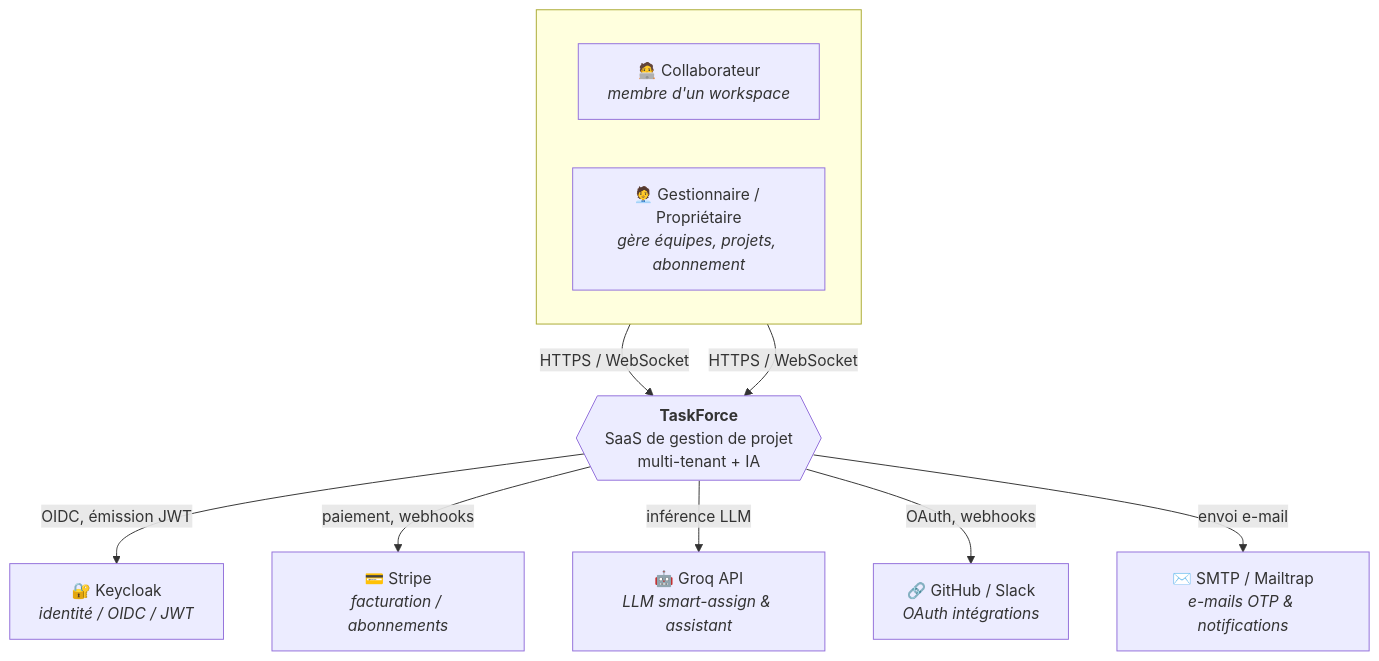
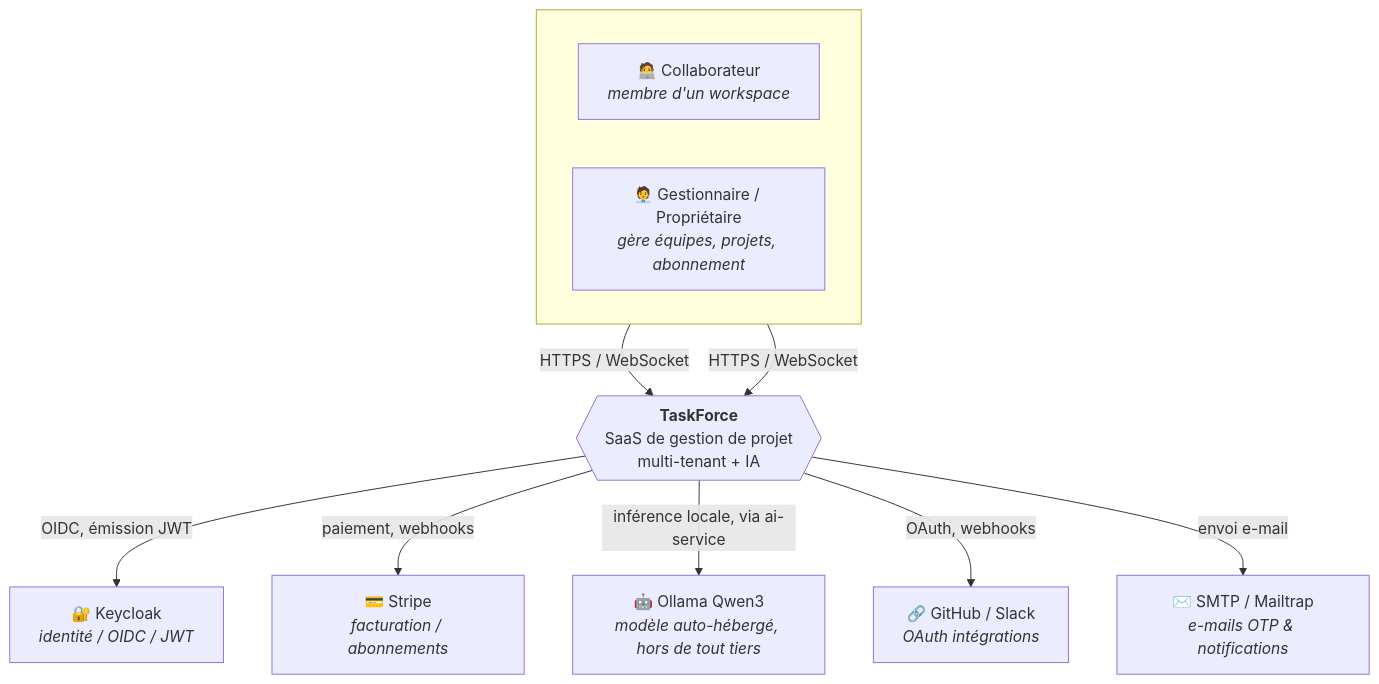
One commit to taskforce-project/taskforce-docs changed the first of 3 diagrams in v1/03-architecture/Architecture_C4.md. Above: the diagram before and after it, drawn with Mermaid. The commit also changed other lines of this file, not shown here.

Commit message:
refactor: replace Groq with Ollama Qwen3 in architecture diagrams

````diff
--- a/v1/03-architecture/Architecture_C4.md
+++ b/v1/03-architecture/Architecture_C4.md
@@ -28,24 +28,24 @@
 ```mermaid
 flowchart TB
     subgraph EXT_ACTORS[" "]
         direction LR
         MEMBER["🧑‍💻 Collaborateur<br/><i>membre d'un workspace</i>"]
         MANAGER["🧑‍💼 Gestionnaire / Propriétaire<br/><i>gère équipes, projets, abonnement</i>"]
     end
 
     TF{{"<b>TaskForce</b><br/>SaaS de gestion de projet<br/>multi-tenant + IA"}}
 
     KC["🔐 Keycloak<br/><i>identité / OIDC / JWT</i>"]
     STRIPE["💳 Stripe<br/><i>facturation / abonnements</i>"]
-    GROQ["🤖 Groq API<br/><i>LLM smart-assign & assistant</i>"]
+    OLLAMA["🤖 Ollama Qwen3<br/><i>modèle auto-hébergé, hors de tout tiers</i>"]
     OAUTH["🔗 GitHub / Slack<br/><i>OAuth intégrations</i>"]
     SMTP["✉️ SMTP / Mailtrap<br/><i>e-mails OTP & notifications</i>"]
 
     MEMBER -->|HTTPS / WebSocket| TF
     MANAGER -->|HTTPS / WebSocket| TF
     TF -->|OIDC, émission JWT| KC
     TF -->|paiement, webhooks| STRIPE
-    TF -->|inférence LLM| GROQ
+    TF -->|inférence locale, via ai-service| OLLAMA
     TF -->|OAuth, webhooks| OAUTH
     TF -->|envoi e-mail| SMTP
 ```
````
